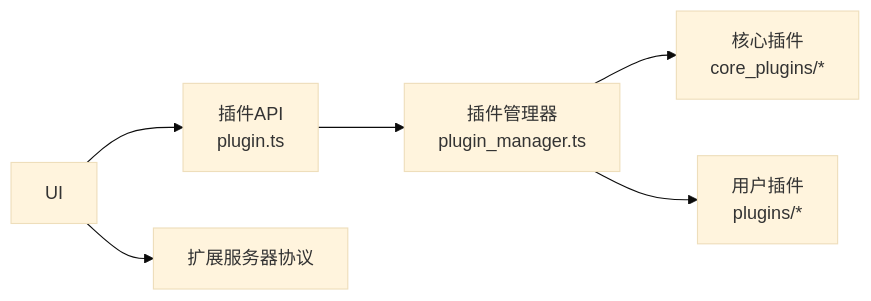
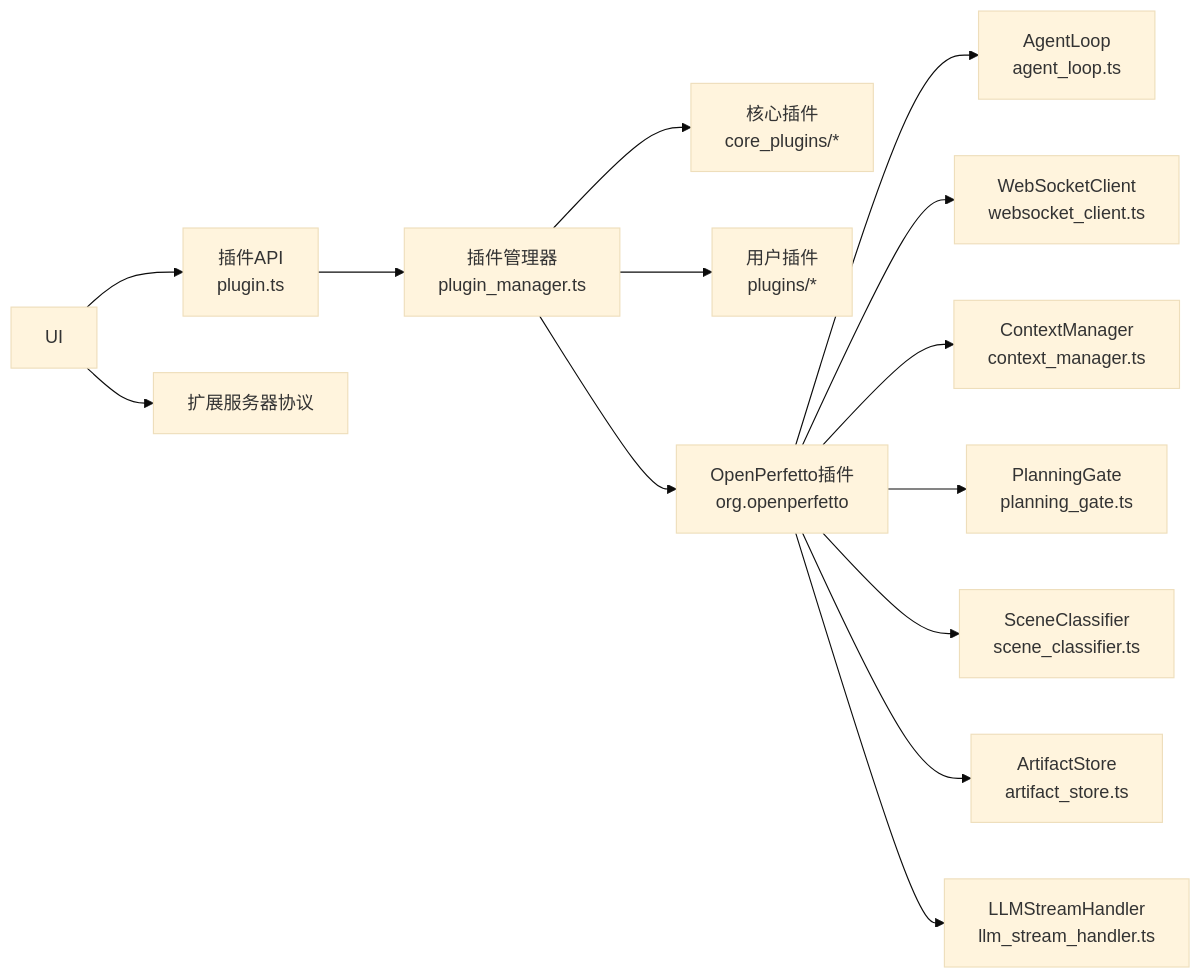
One commit to TracerQi/openperfetto changed the eighth of 8 diagrams in .qoder/repowiki/zh/content/Web界面和可视化/UI插件系统.md. Above: the diagram before and after it, drawn with Mermaid (base theme). The commit also changed other lines of this file and 706 other files, not shown here.

````diff
--- a/.qoder/repowiki/zh/content/Web界面和可视化/UI插件系统.md
+++ b/.qoder/repowiki/zh/content/Web界面和可视化/UI插件系统.md
@@ -290,8 +581,16 @@
 ```mermaid
 graph LR
 API["插件API<br/>plugin.ts"] --> PM["插件管理器<br/>plugin_manager.ts"]
 PM --> CORE["核心插件<br/>core_plugins/*"]
 PM --> USER["用户插件<br/>plugins/*"]
+PM --> OP["OpenPerfetto插件<br/>org.openperfetto"]
+OP --> AL["AgentLoop<br/>agent_loop.ts"]
+OP --> WS["WebSocketClient<br/>websocket_client.ts"]
+OP --> CM["ContextManager<br/>context_manager.ts"]
+OP --> PG["PlanningGate<br/>planning_gate.ts"]
+OP --> SC["SceneClassifier<br/>scene_classifier.ts"]
+OP --> AS["ArtifactStore<br/>artifact_store.ts"]
+OP --> LSH["LLMStreamHandler<br/>llm_stream_handler.ts"]
 UI["UI"] --> API
 UI --> ES["扩展服务器协议"]
 ```
````
